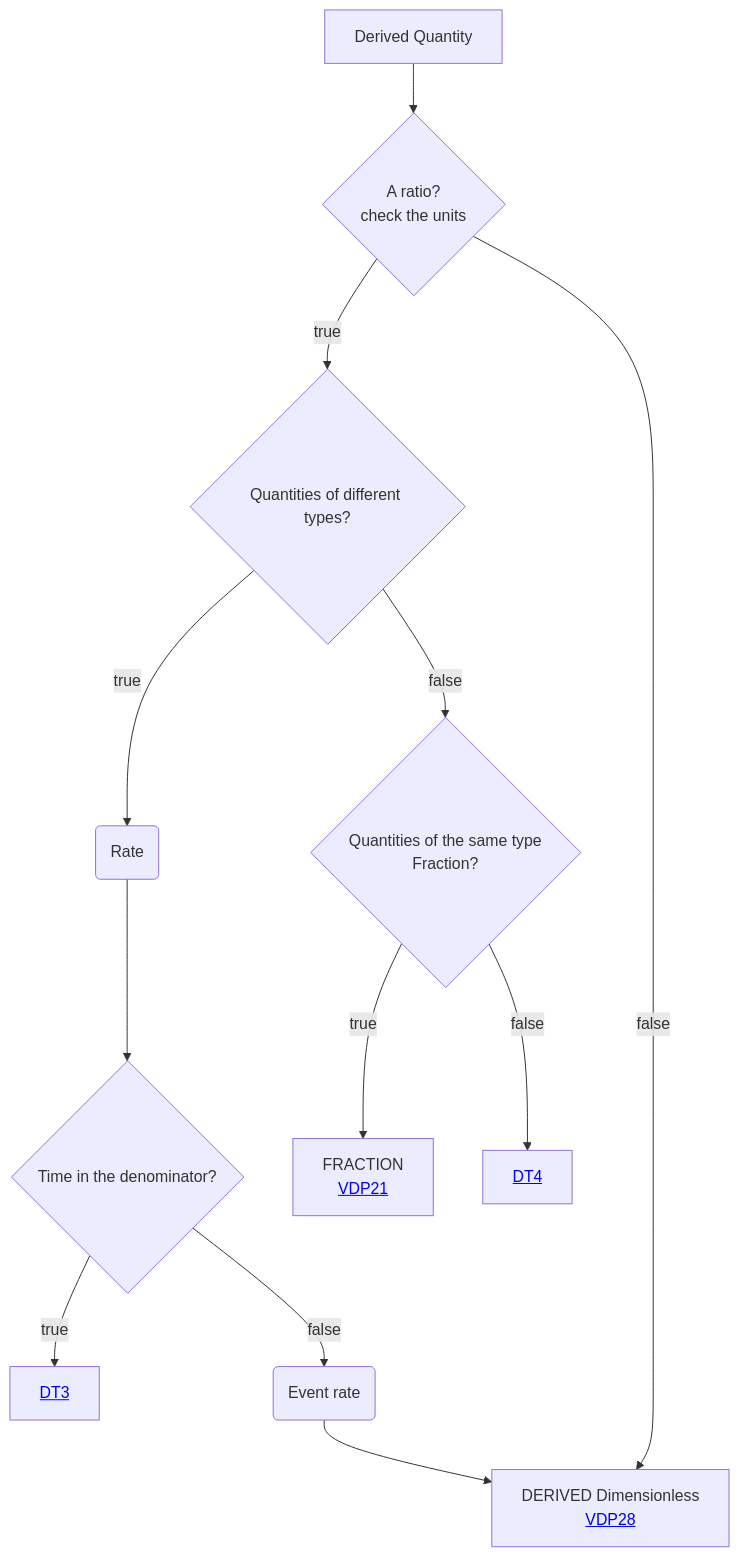
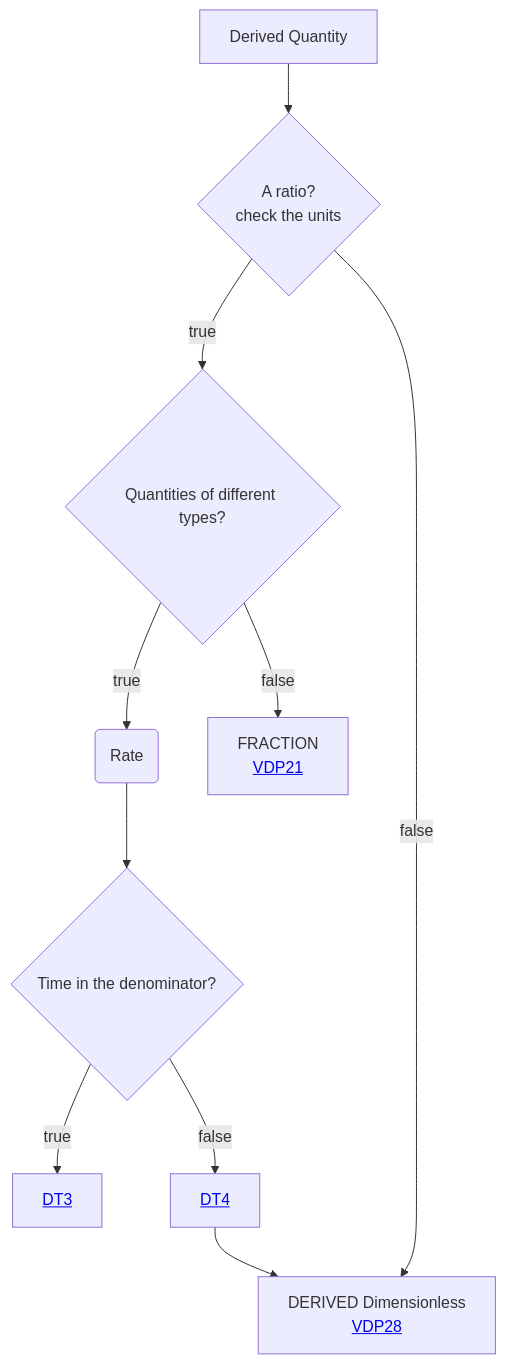
The diagram in Decisition_trees/DT2.mmd (mabablue/I-ADOPT-patterns-playground), drawn with Mermaid before and after one commit. The commit also changed other lines of this file, not shown here.

```diff
--- a/Decisition_trees/DT2.mmd
+++ b/Decisition_trees/DT2.mmd
@@ -1,12 +1,10 @@
 flowchart TD
     A[Derived Quantity] --> B{A ratio?<br>check the units}
     B --> |true|C{Quantities of different types?} 
     B --> |false|I[DERIVED Dimensionless <br> <a href='https://github.com/mabablue/I-ADOPT-patterns-playground/blob/main/pattern/VDP28.yaml'>VDP28</a>]
     C --> |true|MN(Rate) 
     MN --> N{Time in the denominator?}
-    C --> |false|D{Quantities of the same type <br> Fraction?}
+    C --> |false|D[FRACTION <br> <a href='https://github.com/mabablue/I-ADOPT-patterns-playground/blob/main/pattern/VDP21.yaml'>VDP21</a>]
     N --> |true|E[<a href='https://github.com/mabablue/I-ADOPT-patterns-playground/blob/main/Decisition_trees/DT3.mmd'>DT3</a>]
-    N --> |false|O(Event rate)
+    N --> |false|O[<a href='https://github.com/mabablue/I-ADOPT-patterns-playground/blob/main/Decisition_trees/DT3.mmd'>DT4</a>]
     O --> I
-    D --> |true|J[FRACTION <br> <a href='https://github.com/mabablue/I-ADOPT-patterns-playground/blob/main/pattern/VDP21.yaml'>VDP21</a>]
-    D --> |false|P[<a href='https://github.com/mabablue/I-ADOPT-patterns-playground/blob/main/Decisition_trees/DT3.mmd'>DT4</a>]
```
